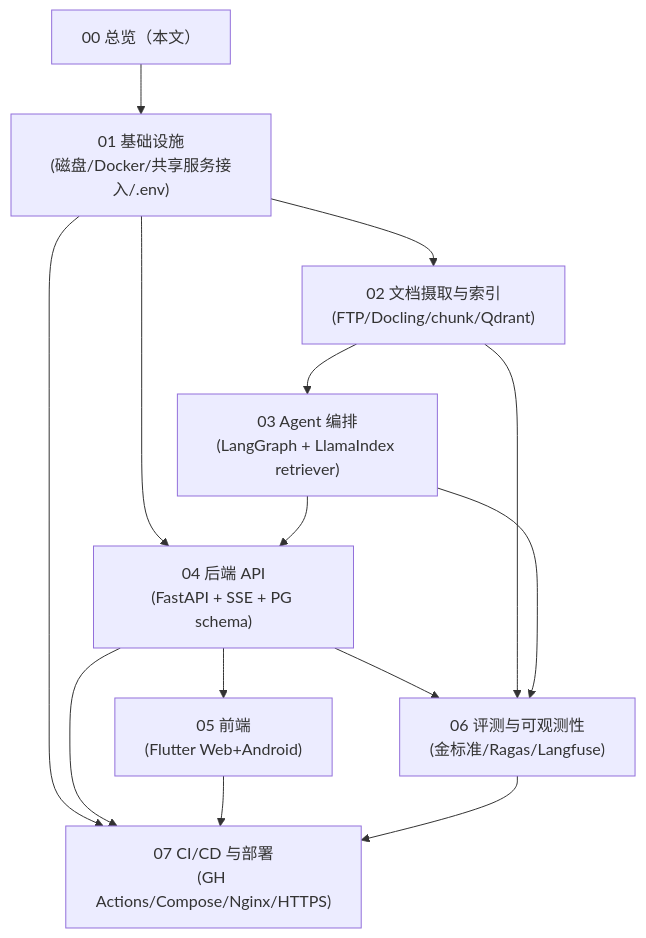
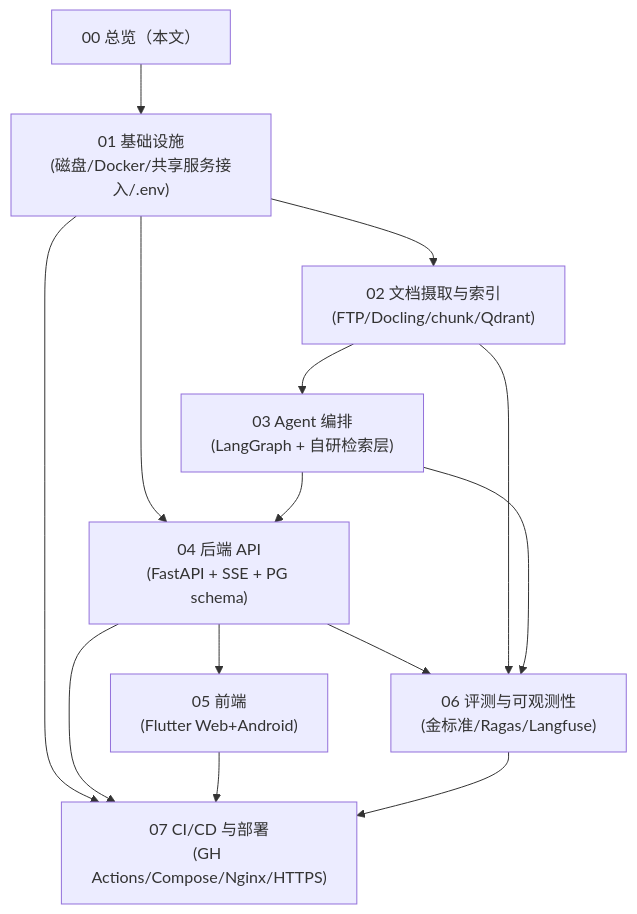
One commit to EpisodeYu/3GPP-Everything changed the first of 2 diagrams in docs/03-development/00-overview.md. Above: the diagram before and after it, drawn with Mermaid. The commit also changed other lines of this file and 6 other files, not shown here.

First line of the commit message:
docs: 技术栈文档对齐源码实况（去 LlamaIndex / 自写 LiteLLMClient / bm25s）

````diff
--- a/docs/03-development/00-overview.md
+++ b/docs/03-development/00-overview.md
@@ -23,24 +23,24 @@
 ```mermaid
 graph TB
     O["00 总览（本文）"]
     I["01 基础设施<br/>(磁盘/Docker/共享服务接入/.env)"]
     G["02 文档摄取与索引<br/>(FTP/Docling/chunk/Qdrant)"]
-    A["03 Agent 编排<br/>(LangGraph + LlamaIndex retriever)"]
+    A["03 Agent 编排<br/>(LangGraph + 自研检索层)"]
     B["04 后端 API<br/>(FastAPI + SSE + PG schema)"]
     F["05 前端<br/>(Flutter Web+Android)"]
     E["06 评测与可观测性<br/>(金标准/Ragas/Langfuse)"]
     C["07 CI/CD 与部署<br/>(GH Actions/Compose/Nginx/HTTPS)"]
     O --> I
     I --> G
     I --> B
     G --> A
     A --> B
     B --> F
     B --> E
     G --> E
     A --> E
     I --> C
     B --> C
     F --> C
     E --> C
 ```
````
